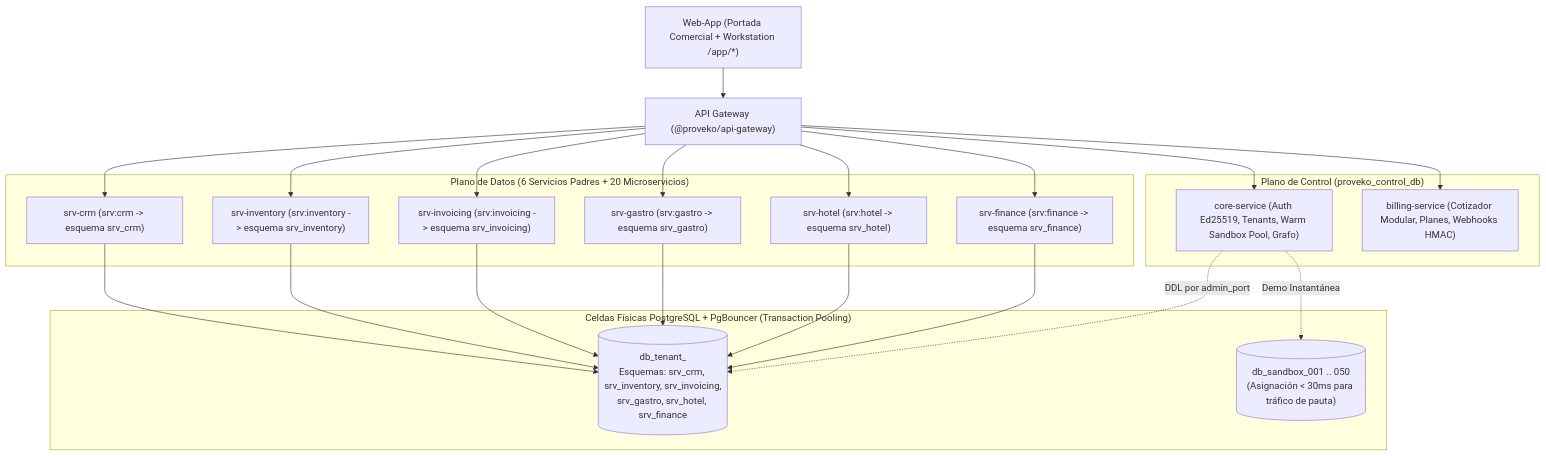
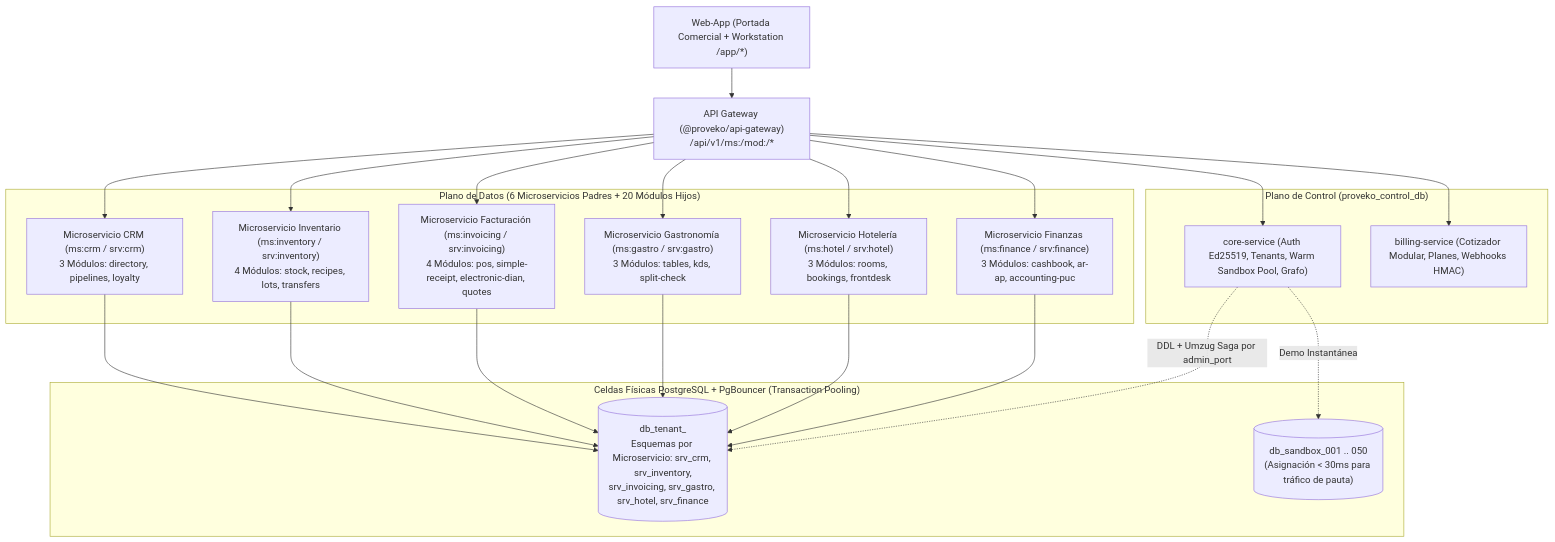
One commit to alexmargomez/Proveko changed the diagram in README.md. Above: the diagram before and after it, drawn with Mermaid. The commit also changed other lines of this file and 102 other files, not shown here.

Commit message:
refactor(architecture): enforce Hexagonal SOLID layers across 20 modules and unify Service -> Microservices -> Modules hierarchy

````diff
--- a/README.md
+++ b/README.md
@@ -9,41 +20,41 @@
 ```mermaid
 flowchart TD
-    Client["Web-App (Portada Comercial + Workstation /app/*)"] --> GW["API Gateway (@proveko/api-gateway)"]
+    Client["Web-App (Portada Comercial + Workstation /app/*)"] --> GW["API Gateway (@proveko/api-gateway)\n/api/v1/ms:<microservicio>/mod:<modulo>/*"]
 
     subgraph ControlPlane["Plano de Control (proveko_control_db)"]
         CoreSvc["core-service (Auth Ed25519, Tenants, Warm Sandbox Pool, Grafo)"]
         BillingSvc["billing-service (Cotizador Modular, Planes, Webhooks HMAC)"]
     end
 
-    subgraph DataPlane["Plano de Datos (6 Servicios Padres + 20 Microservicios)"]
-        SrvCrm["srv-crm (srv:crm -> esquema srv_crm)"]
-        SrvInv["srv-inventory (srv:inventory -> esquema srv_inventory)"]
-        SrvFac["srv-invoicing (srv:invoicing -> esquema srv_invoicing)"]
-        SrvGas["srv-gastro (srv:gastro -> esquema srv_gastro)"]
-        SrvHot["srv-hotel (srv:hotel -> esquema srv_hotel)"]
-        SrvFin["srv-finance (srv:finance -> esquema srv_finance)"]
+    subgraph DataPlane["Plano de Datos (6 Microservicios Padres + 20 Módulos Hijos)"]
+        SrvCrm["Microservicio CRM (ms:crm / srv:crm)\n3 Módulos: directory, pipelines, loyalty"]
+        SrvInv["Microservicio Inventario (ms:inventory / srv:inventory)\n4 Módulos: stock, recipes, lots, transfers"]
+        SrvFac["Microservicio Facturación (ms:invoicing / srv:invoicing)\n4 Módulos: pos, simple-receipt, electronic-dian, quotes"]
+        SrvGas["Microservicio Gastronomía (ms:gastro / srv:gastro)\n3 Módulos: tables, kds, split-check"]
+        SrvHot["Microservicio Hotelería (ms:hotel / srv:hotel)\n3 Módulos: rooms, bookings, frontdesk"]
+        SrvFin["Microservicio Finanzas (ms:finance / srv:finance)\n3 Módulos: cashbook, ar-ap, accounting-puc"]
     end
 
     subgraph Cells["Celdas Físicas PostgreSQL + PgBouncer (Transaction Pooling)"]
-        CellA[("db_tenant_<id>\nEsquemas: srv_crm, srv_inventory, srv_invoicing,\nsrv_gastro, srv_hotel, srv_finance")]
+        CellA[("db_tenant_<id>\nEsquemas por Microservicio: srv_crm, srv_inventory,\nsrv_invoicing, srv_gastro, srv_hotel, srv_finance")]
         SandboxCell[("db_sandbox_001 .. 050\n(Asignación < 30ms para tráfico de pauta)")]
     end
 
     GW --> CoreSvc
     GW --> BillingSvc
     GW --> SrvCrm
     GW --> SrvInv
     GW --> SrvFac
     GW --> SrvGas
     GW --> SrvHot
     GW --> SrvFin
 
     SrvCrm --> CellA
     SrvInv --> CellA
     SrvFac --> CellA
     SrvGas --> CellA
     SrvHot --> CellA
     SrvFin --> CellA
-    CoreSvc -. "DDL por admin_port" .-> CellA
+    CoreSvc -. "DDL + Umzug Saga por admin_port" .-> CellA
     CoreSvc -. "Demo Instantánea" .-> SandboxCell
 ```
````
